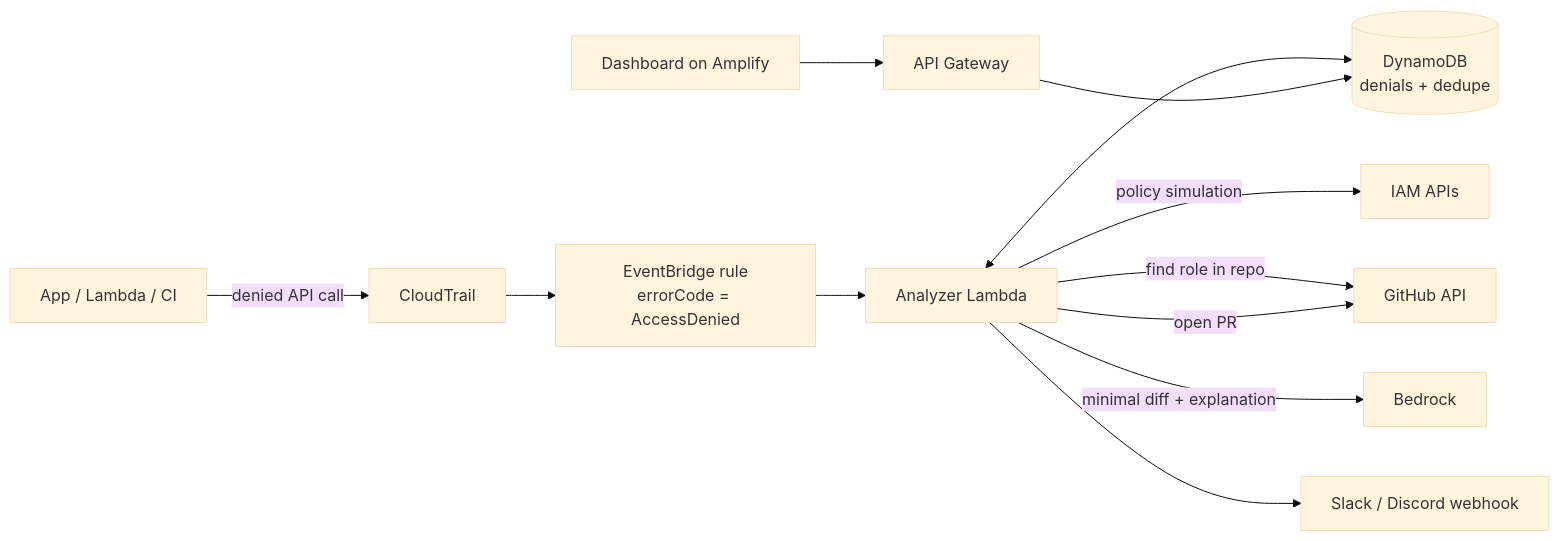
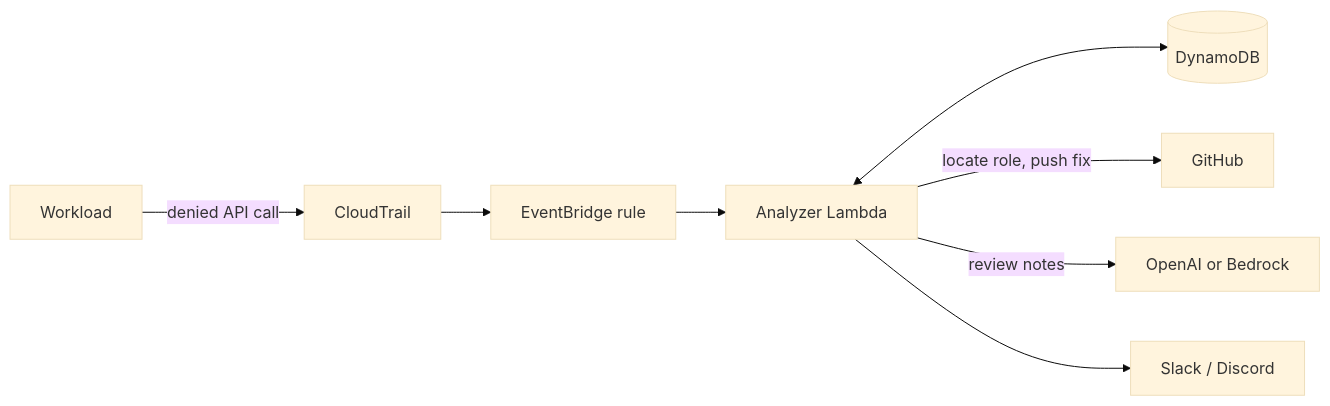
One commit to tusharkhatriofficial/whydenied changed the diagram in README.md. Above: the diagram before and after it, drawn with Mermaid (base theme). The commit also changed other lines of this file and 5 other files, not shown here.

First line of the commit message:
Record non-role callers without a PR, sharpen AI review prompt, rewrite README

````diff
--- a/README.md
+++ b/README.md
@@ -50,13 +21,10 @@
 ```mermaid
 flowchart LR
-  A[App / Lambda / CI] -- denied API call --> CT[CloudTrail]
-  CT --> EB[EventBridge rule<br/>errorCode = AccessDenied]
+  A[Workload] -- denied API call --> CT[CloudTrail]
+  CT --> EB[EventBridge rule]
   EB --> L[Analyzer Lambda]
-  L <--> DDB[(DynamoDB<br/>denials + dedupe)]
-  L -- policy simulation --> IAM[IAM APIs]
-  L -- find role in repo --> GH[GitHub API]
-  L -- minimal diff + explanation --> BR[Bedrock]
-  L -- open PR --> GH
-  L --> SL[Slack / Discord webhook]
-  UI[Dashboard on Amplify] --> API[API Gateway] --> DDB
+  L <--> DDB[(DynamoDB)]
+  L -- locate role, push fix --> GH[GitHub]
+  L -- review notes --> AI[OpenAI or Bedrock]
+  L --> N[Slack / Discord]
 ```
````
